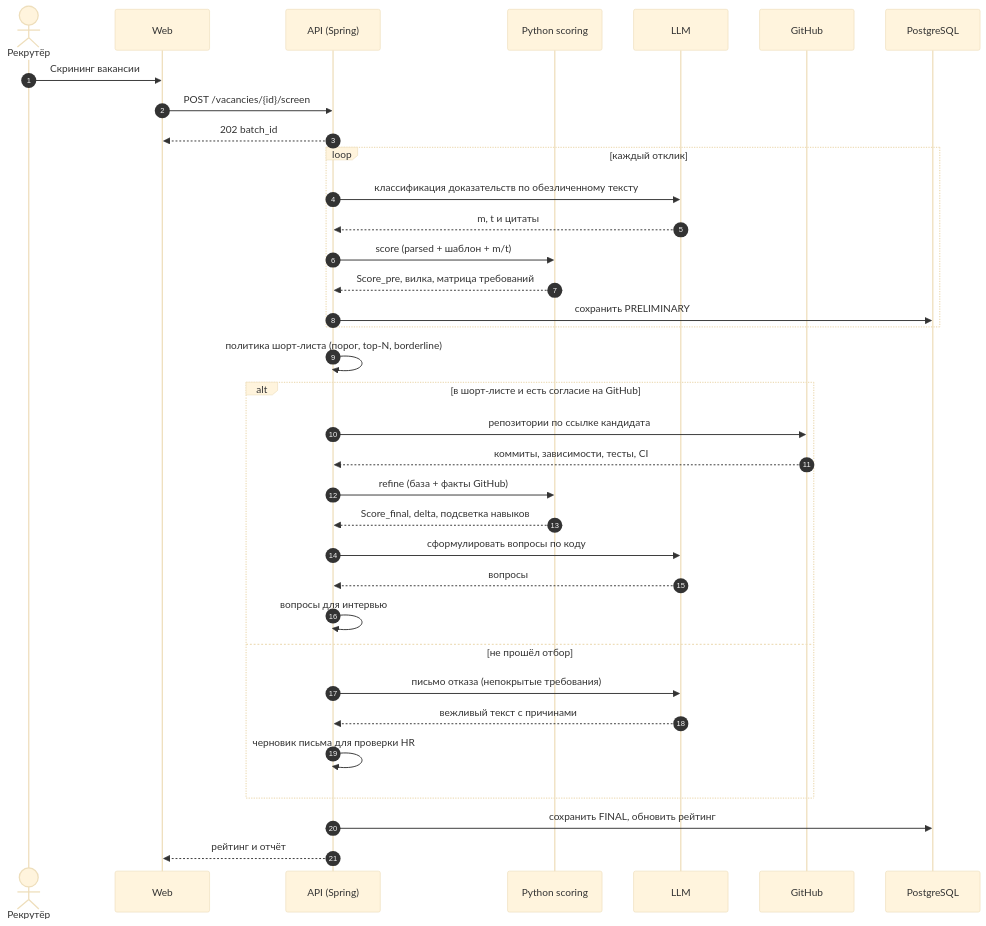
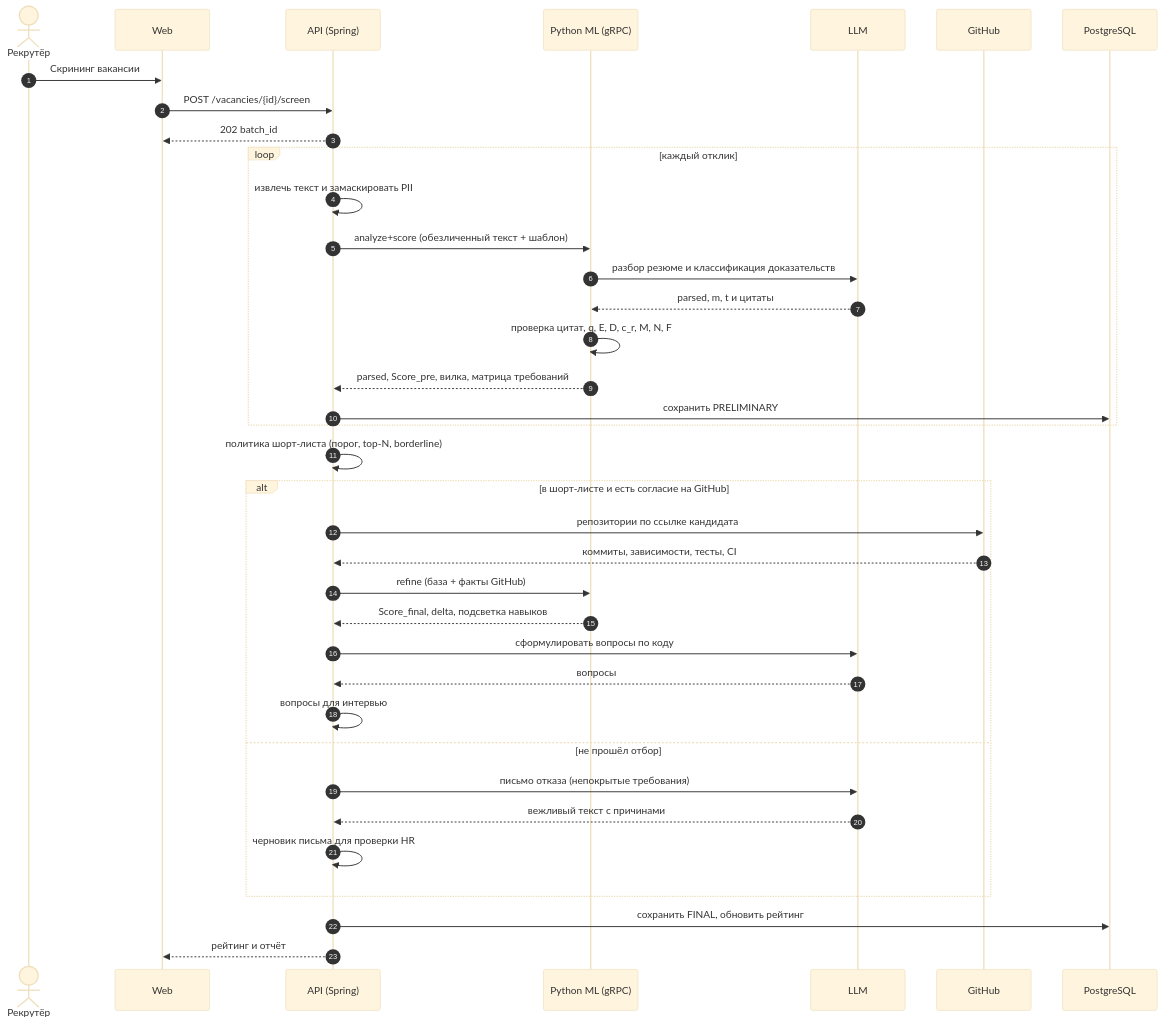
The third of 7 diagrams in README.md (MiZentUi/tracing_ats), drawn with Mermaid (base theme) before and after one commit. The commit also changed other lines of this file and 1 other file, not shown here.

First line of the commit message:
docs(architecture): перенести LLM-разбор резюме в Python-сервис

````diff
--- a/README.md
+++ b/README.md
@@ -281,38 +284,40 @@
 ```mermaid
 sequenceDiagram
     autonumber
     actor HR as Рекрутёр
     participant W as Web
     participant A as API (Spring)
-    participant P as Python scoring
+    participant P as Python ML (gRPC)
     participant L as LLM
     participant G as GitHub
     participant D as PostgreSQL
 
     HR->>W: Скрининг вакансии
     W->>A: POST /vacancies/{id}/screen
     A-->>W: 202 batch_id
     loop каждый отклик
-        A->>L: классификация доказательств по обезличенному тексту
-        L-->>A: m, t и цитаты
-        A->>P: score (parsed + шаблон + m/t)
-        P-->>A: Score_pre, вилка, матрица требований
+        A->>A: извлечь текст и замаскировать PII
+        A->>P: analyze+score (обезличенный текст + шаблон)
+        P->>L: разбор резюме и классификация доказательств
+        L-->>P: parsed, m, t и цитаты
+        P->>P: проверка цитат, q, E, D, c_r, M, N, F
+        P-->>A: parsed, Score_pre, вилка, матрица требований
         A->>D: сохранить PRELIMINARY
     end
     A->>A: политика шорт-листа (порог, top-N, borderline)
     alt в шорт-листе и есть согласие на GitHub
         A->>G: репозитории по ссылке кандидата
         G-->>A: коммиты, зависимости, тесты, CI
         A->>P: refine (база + факты GitHub)
         P-->>A: Score_final, delta, подсветка навыков
         A->>L: сформулировать вопросы по коду
         L-->>A: вопросы
         A->>A: вопросы для интервью
     else не прошёл отбор
         A->>L: письмо отказа (непокрытые требования)
         L-->>A: вежливый текст с причинами
         A->>A: черновик письма для проверки HR
     end
     A->>D: сохранить FINAL, обновить рейтинг
     A-->>W: рейтинг и отчёт
 ```
````
